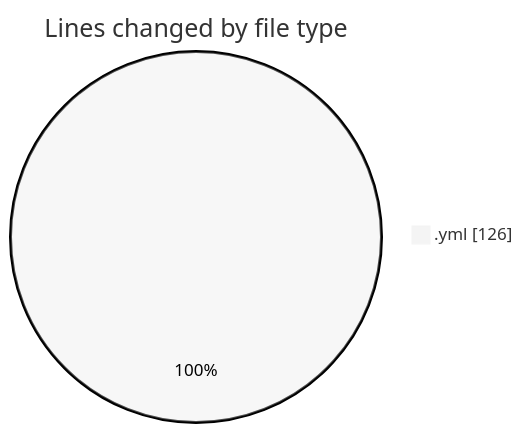
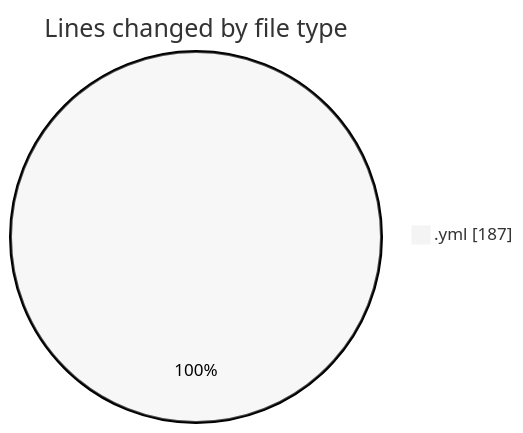
The first of 2 diagrams in 2025-02-10/maps_clone/README.md (donsfak/code-tracking), drawn with Mermaid (neutral theme) before and after one commit. The commit also changed other lines of this file and 1 other file, not shown here.

````diff
--- a/2025-02-10/maps_clone/README.md
+++ b/2025-02-10/maps_clone/README.md
@@ -20,5 +20,5 @@
 ```mermaid
 pie showData
 title Lines changed by file type
-".yml" : 126
+".yml" : 187
 ```
````
